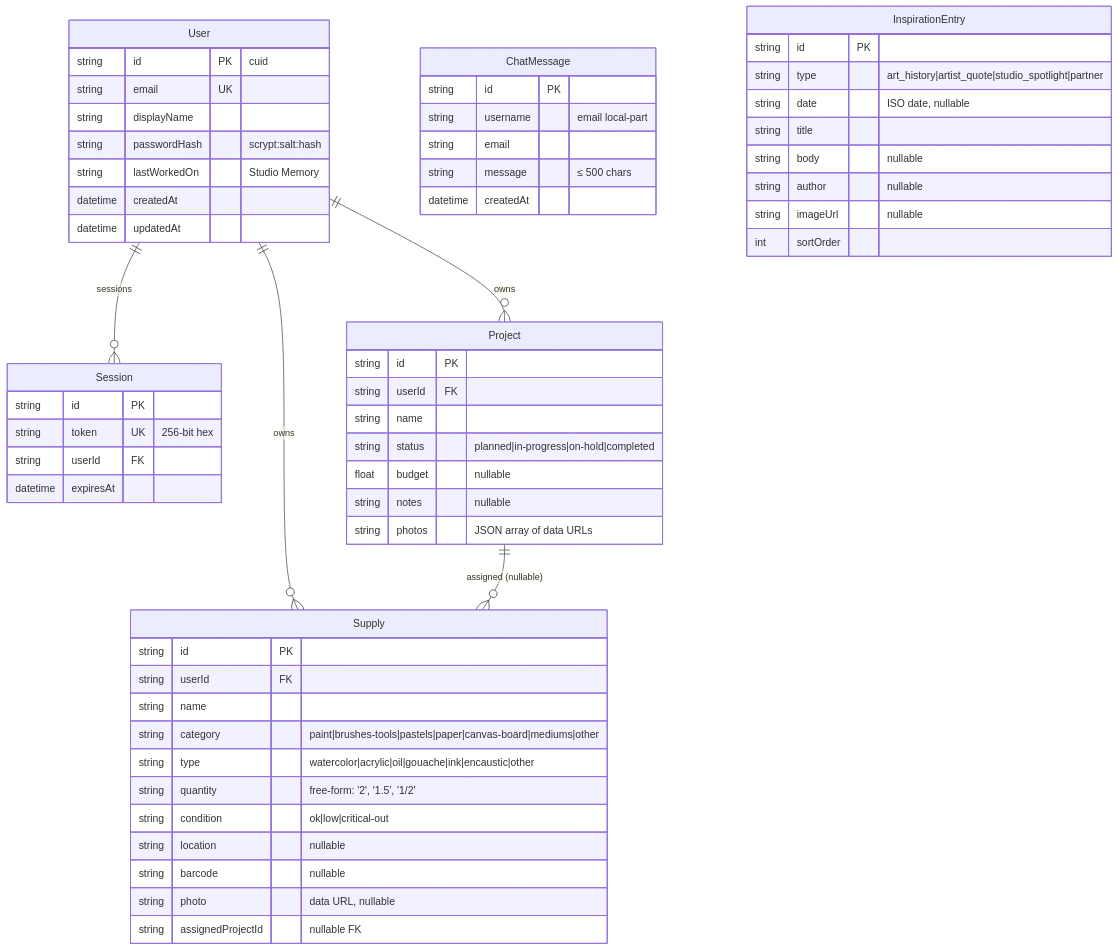
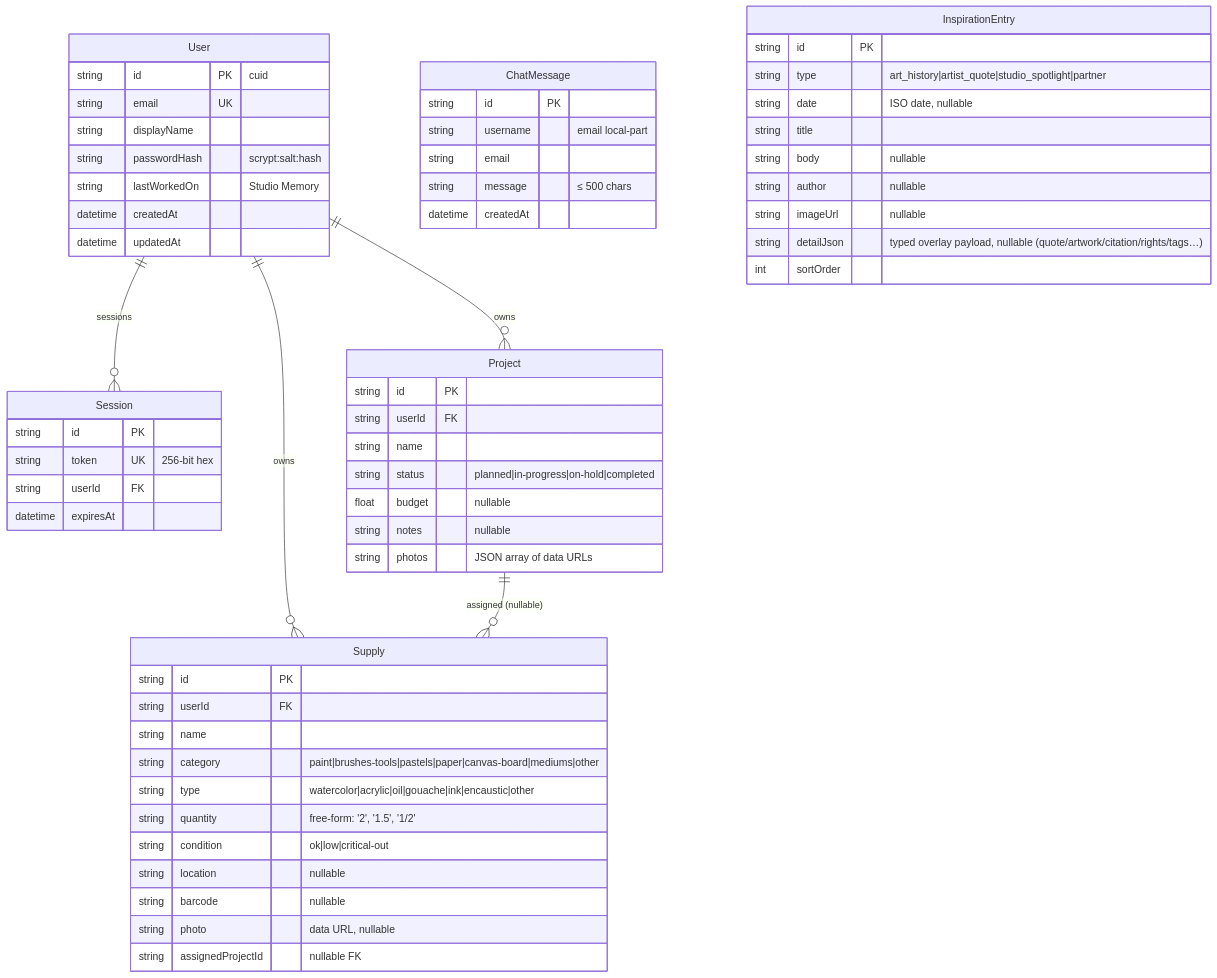
Before and after one commit to nordeim/art-supply-tracker: the diagram in Project_Architecture_Document.md, drawn with Mermaid. The commit also changed other lines of this file and 21 other files, not shown here.

````diff
--- a/Project_Architecture_Document.md
+++ b/Project_Architecture_Document.md
@@ -377,62 +377,63 @@
 ```mermaid
 erDiagram
     User ||--o{ Session : "sessions"
     User ||--o{ Project : "owns"
     User ||--o{ Supply : "owns"
     Project ||--o{ Supply : "assigned (nullable)"
 
     User {
         string id PK "cuid"
         string email UK
         string displayName
         string passwordHash "scrypt:salt:hash"
         string lastWorkedOn "Studio Memory"
         datetime createdAt
         datetime updatedAt
     }
     Session {
         string id PK
         string token UK "256-bit hex"
         string userId FK
         datetime expiresAt
     }
     Project {
         string id PK
         string userId FK
         string name
         string status "planned|in-progress|on-hold|completed"
         float budget "nullable"
         string notes "nullable"
         string photos "JSON array of data URLs"
     }
     Supply {
         string id PK
         string userId FK
         string name
         string category "paint|brushes-tools|pastels|paper|canvas-board|mediums|other"
         string type "watercolor|acrylic|oil|gouache|ink|encaustic|other"
         string quantity "free-form: '2', '1.5', '1/2'"
         string condition "ok|low|critical-out"
         string location "nullable"
         string barcode "nullable"
         string photo "data URL, nullable"
         string assignedProjectId "nullable FK"
     }
     ChatMessage {
         string id PK
         string username "email local-part"
         string email
         string message "≤ 500 chars"
         datetime createdAt
     }
     InspirationEntry {
         string id PK
         string type "art_history|artist_quote|studio_spotlight|partner"
         string date "ISO date, nullable"
         string title
         string body "nullable"
         string author "nullable"
         string imageUrl "nullable"
+        string detailJson "typed overlay payload, nullable (quote/artwork/citation/rights/tags…)"
         int sortOrder
     }
 ```
````
